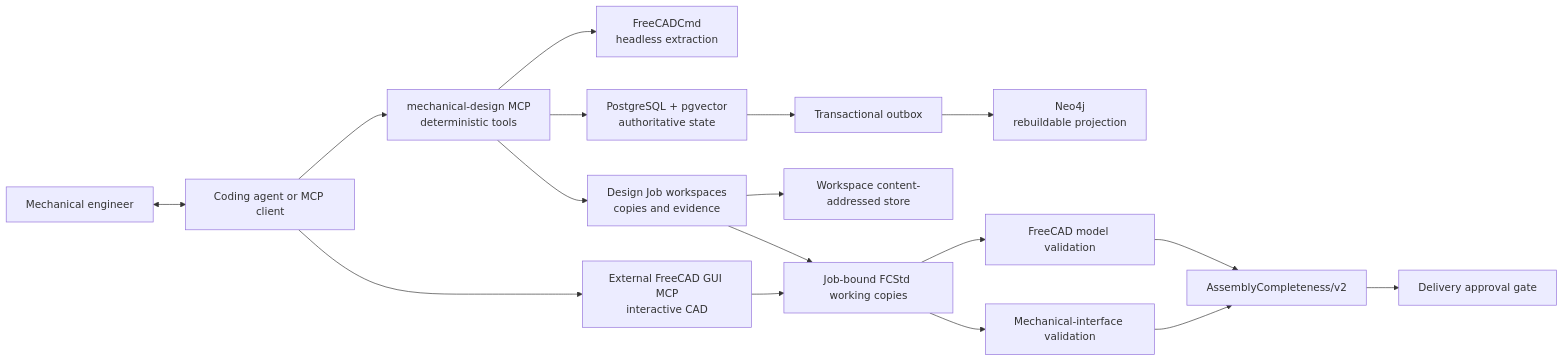
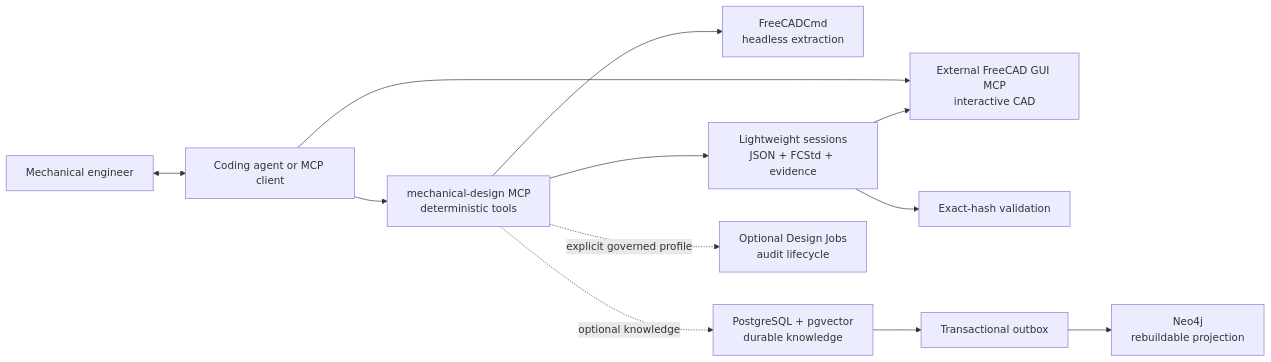
One commit to Milkdomeda/ai-mechanical-3dcad-design-agent changed the diagram in docs/ARCHITECTURE.md. Above: the diagram before and after it, drawn with Mermaid. The commit also changed other lines of this file and 29 other files, not shown here.

Commit message:
feat: add lightweight mechanical design workflow

````diff
--- a/docs/ARCHITECTURE.md
+++ b/docs/ARCHITECTURE.md
@@ -3,19 +3,14 @@
 ```mermaid
 flowchart LR
   Engineer["Mechanical engineer"] <--> Agent["Coding agent or MCP client"]
   Agent --> MD["mechanical-design MCP<br/>deterministic tools"]
   Agent --> GUI["External FreeCAD GUI MCP<br/>interactive CAD"]
   MD --> CMD["FreeCADCmd<br/>headless extraction"]
-  MD --> PG["PostgreSQL + pgvector<br/>authoritative state"]
-  MD --> Jobs["Design Job workspaces<br/>copies and evidence"]
-  Jobs --> CAS["Workspace content-addressed store"]
+  MD --> Sessions["Lightweight sessions<br/>JSON + FCStd + evidence"]
+  Sessions --> GUI
+  Sessions --> GV["Exact-hash validation"]
+  MD -. optional knowledge .-> PG["PostgreSQL + pgvector<br/>durable knowledge"]
   PG --> Outbox["Transactional outbox"]
   Outbox --> Neo["Neo4j<br/>rebuildable projection"]
-  GUI --> WC["Job-bound FCStd working copies"]
-  Jobs --> WC
-  WC --> GV["FreeCAD model validation"]
-  WC --> MIV["Mechanical-interface validation"]
-  GV --> ACV["AssemblyCompleteness/v2"]
-  MIV --> ACV
-  ACV --> Delivery["Delivery approval gate"]
+  MD -. explicit governed profile .-> Jobs["Optional Design Jobs<br/>audit lifecycle"]
 ```
````
